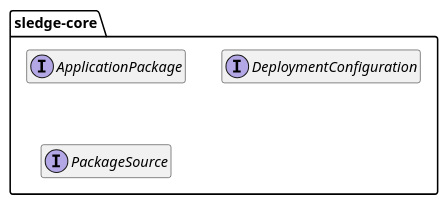
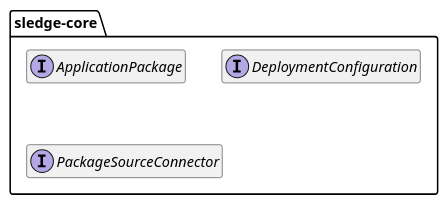
Before and after one commit to unic/sledge: the diagram in docs/src/main/plantuml/building-block-core-diagram.puml, drawn with PlantUML. The commit also changed 8 other files, not shown here.

Commit message:
Docs: Updated architecture

```diff
--- a/docs/src/main/plantuml/building-block-core-diagram.puml
+++ b/docs/src/main/plantuml/building-block-core-diagram.puml
@@ -1,11 +1,11 @@
 @startuml
 
 package "sledge-core" as core {
 	interface ApplicationPackage
 	interface DeploymentConfiguration
-	interface PackageSource
+	interface PackageSourceConnector
 }
 
 hide members
 
 @enduml
```
